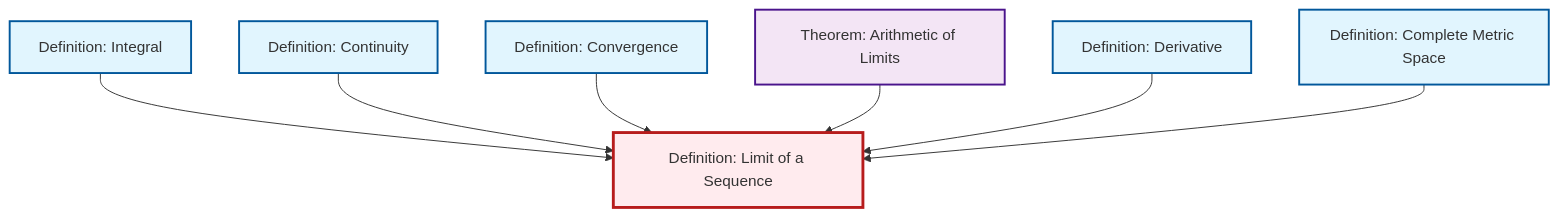
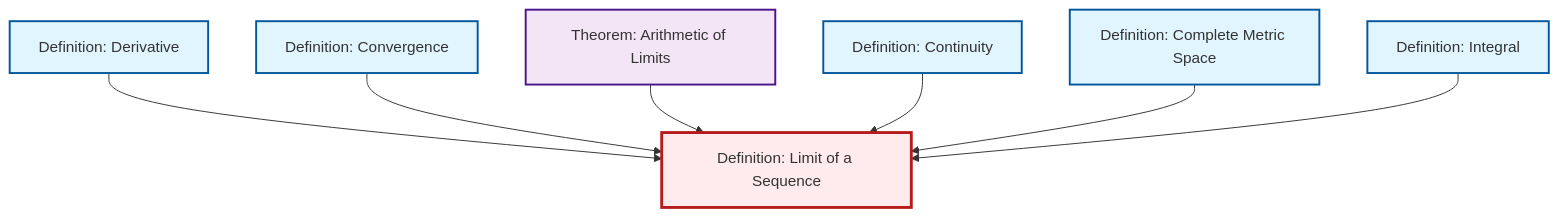
The diagram in content/ja/analysis/def-limit.qmd (RK0429/ModernMath), drawn with Mermaid before and after one commit. The commit also changed other lines of this file and 434 other files, not shown here.

````diff
--- a/content/ja/analysis/def-limit.qmd
+++ b/content/ja/analysis/def-limit.qmd
@@ -49,29 +49,29 @@
 ```{mermaid}
 %%| fig-cap: "Local dependency graph"
 graph TD
     classDef definition fill:#e1f5fe,stroke:#01579b,stroke-width:2px
     classDef theorem fill:#f3e5f5,stroke:#4a148c,stroke-width:2px
     classDef axiom fill:#fff3e0,stroke:#e65100,stroke-width:2px
     classDef example fill:#e8f5e9,stroke:#1b5e20,stroke-width:2px
     classDef current fill:#ffebee,stroke:#b71c1c,stroke-width:3px
-    def-continuity["Definition: Continuity"]:::definition
+    def-integral["Definition: Integral"]:::definition
     def-convergence["Definition: Convergence"]:::definition
     def-complete-metric-space["Definition: Complete Metric Space"]:::definition
-    def-integral["Definition: Integral"]:::definition
+    def-derivative["Definition: Derivative"]:::definition
+    def-continuity["Definition: Continuity"]:::definition
+    thm-limit-arithmetic["Theorem: Arithmetic of Limits"]:::theorem
     def-limit["Definition: Limit of a Sequence"]:::definition
-    def-derivative["Definition: Derivative"]:::definition
-    thm-limit-arithmetic["Theorem: Arithmetic of Limits"]:::theorem
-    def-integral --> def-limit
-    def-continuity --> def-limit
+    def-derivative --> def-limit
     def-convergence --> def-limit
     thm-limit-arithmetic --> def-limit
-    def-derivative --> def-limit
+    def-continuity --> def-limit
     def-complete-metric-space --> def-limit
+    def-integral --> def-limit
     class def-limit current
-    click def-continuity "def-continuity.html" "Definition: Continuityへ"
+    click def-integral "def-integral.html" "Definition: Integralへ"
     click def-convergence "def-convergence.html" "Definition: Convergenceへ"
     click def-complete-metric-space "def-complete-metric-space.html" "Definition: Complete Metric Spaceへ"
-    click def-integral "def-integral.html" "Definition: Integralへ"
     click def-derivative "def-derivative.html" "Definition: Derivativeへ"
+    click def-continuity "def-continuity.html" "Definition: Continuityへ"
     click thm-limit-arithmetic "thm-limit-arithmetic.html" "Theorem: Arithmetic of Limitsへ"
 ```
````
